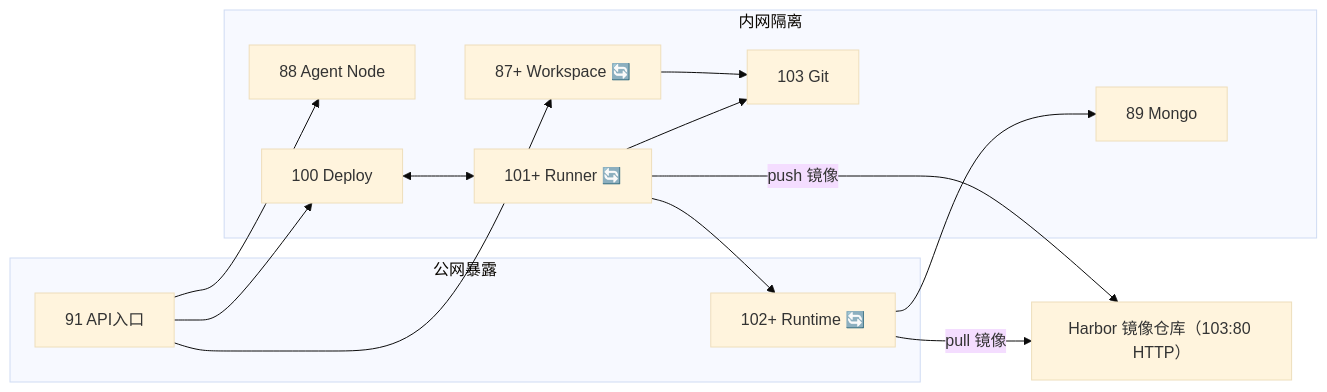
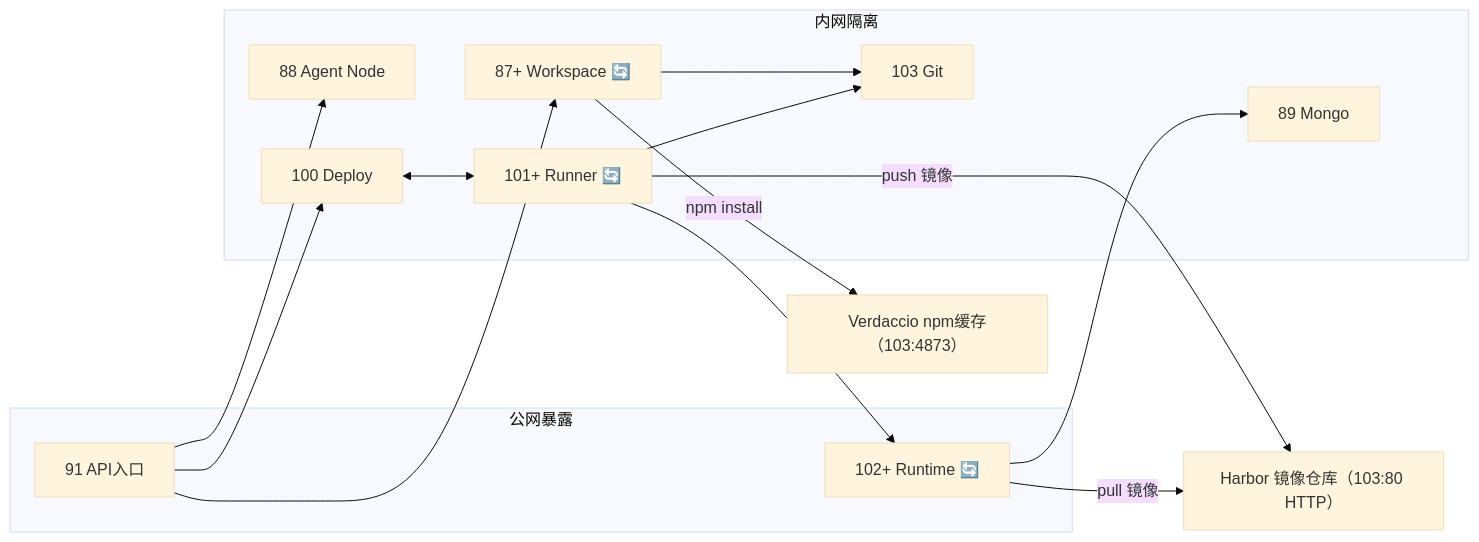
The fourth of 4 diagrams in src/main/resources/doc/domains/architecture/README.md (ruiAndroid/fun-ai-studio-api), drawn with Mermaid (base theme) before and after one commit. The commit also changed other lines of this file, not shown here.

````diff
--- a/src/main/resources/doc/domains/architecture/README.md
+++ b/src/main/resources/doc/domains/architecture/README.md
@@ -222,29 +224,31 @@
 ```mermaid
 flowchart LR
     subgraph Public["公网暴露"]
         P91["91 API入口"]
         P102["102+ Runtime 🔄"]
     end
 
     subgraph Private["内网隔离"]
         S88["88 Agent Node"]
         S87["87+ Workspace 🔄"]
         S100["100 Deploy"]
         S101["101+ Runner 🔄"]
         S103["103 Git"]
         S89["89 Mongo"]
     end
 
     Harbor["Harbor 镜像仓库（103:80 HTTP）"]
+    Verdaccio["Verdaccio npm缓存（103:4873）"]
 
     P91 --> S88
     P91 --> S87
     P91 --> S100
     S100 <--> S101
     S101 --> S103
     S101 -->|push 镜像| Harbor
     S101 --> P102
     P102 -->|pull 镜像| Harbor
     P102 --> S89
     S87 --> S103
+    S87 -->|npm install| Verdaccio
 ```
````
